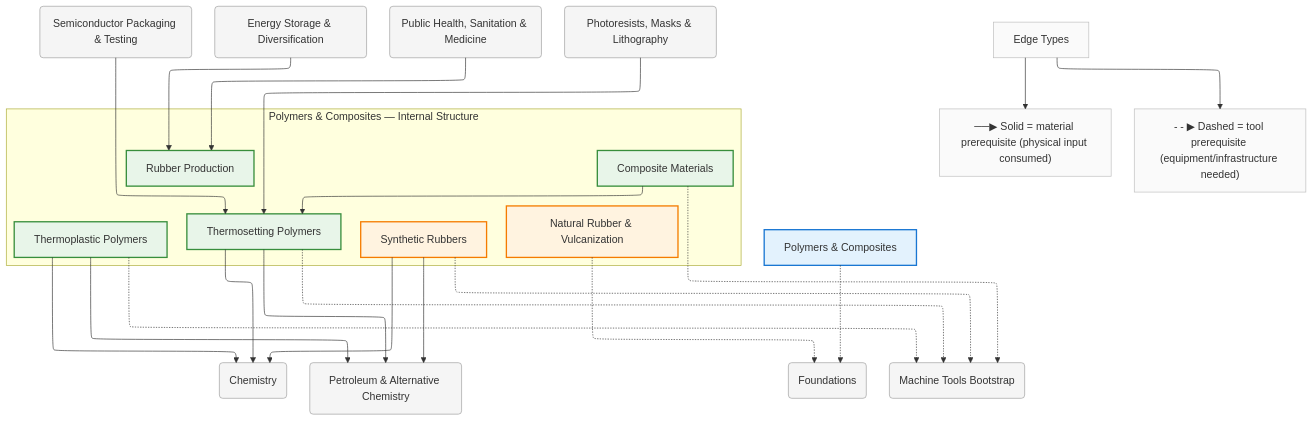
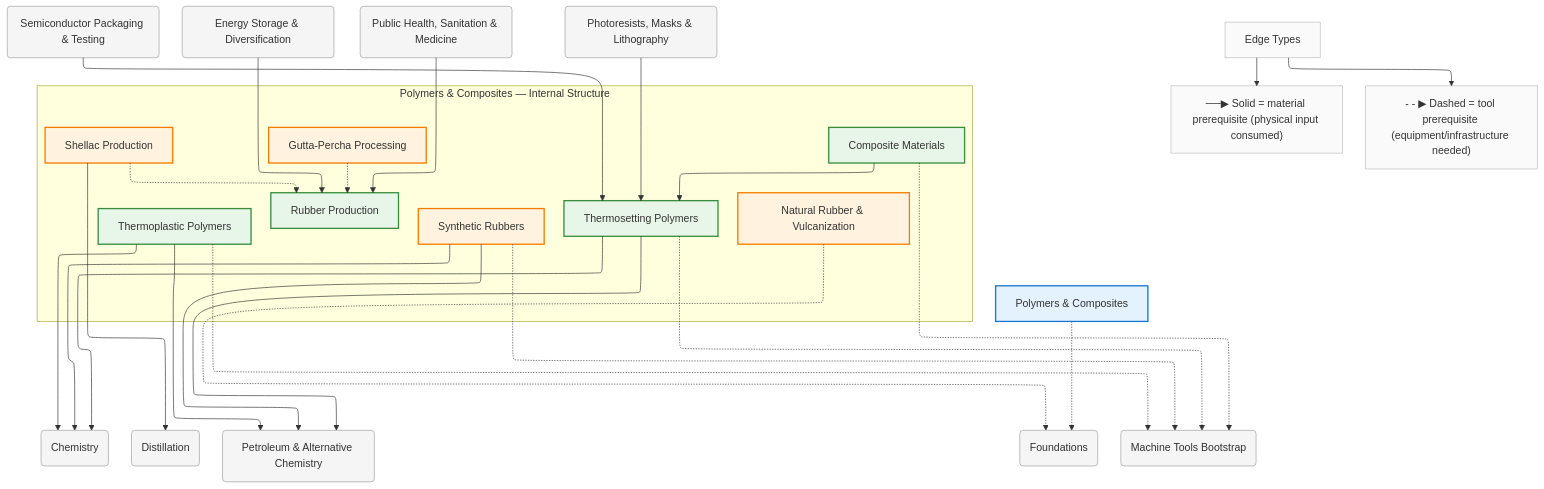
Before and after one commit to egofree/TechTree: the diagram in diagrams/mermaid/polymers.mmd, drawn with Mermaid. The commit also changed 14 other files, not shown here.

First line of the commit message:
chore(diagrams): regenerate all Mermaid diagrams from updated data

```diff
--- a/diagrams/mermaid/polymers.mmd
+++ b/diagrams/mermaid/polymers.mmd
@@ -1,77 +1,86 @@
 %%{init: {"flowchart": {"defaultRenderer": "elk", "htmlLabels": true}}}%%
 graph TD
     %% Domain: Polymers & Composites
 
     %% ==================== INTERNAL NODES ====================
     subgraph polymers_internal ["Polymers & Composites — Internal Structure"]
         direction TB
         polymers_rubber["Rubber Production"]
         polymers_rubber_natural["Natural Rubber & Vulcanization"]
         polymers_rubber_synthetic["Synthetic Rubbers"]
         polymers_thermosets["Thermosetting Polymers"]
         polymers_thermoplastics["Thermoplastic Polymers"]
         polymers_composites["Composite Materials"]
+        polymers_rubber_gutta-percha["Gutta-Percha Processing"]
+        polymers_rubber_shellac["Shellac Production"]
     end
 
     %% ==================== DOMAIN NODE ====================
     polymers["Polymers & Composites"]
 
     %% ==================== EXTERNAL DEPENDENCIES ====================
     chemistry("Chemistry")
+    chemistry_distillation("Distillation")
     chemistry_packaging-testing("Semiconductor Packaging & Testing")
     chemistry_petroleum-alternatives("Petroleum & Alternative Chemistry")
     energy_storage("Energy Storage & Diversification")
     foundations("Foundations")
     health("Public Health, Sanitation & Medicine")
     machine-tools("Machine Tools Bootstrap")
     photolithography_resists-masks("Photoresists, Masks & Lithography")
 
     %% ==================== EDGES ====================
     polymers_composites --> polymers_thermosets
+    polymers_rubber_gutta-percha -.-> polymers_rubber
+    polymers_rubber_shellac -.-> polymers_rubber
     photolithography_resists-masks --> polymers_thermosets
     chemistry_packaging-testing --> polymers_thermosets
     polymers -.-> foundations
     polymers_rubber_synthetic --> chemistry_petroleum-alternatives
     polymers_rubber_synthetic --> chemistry
     polymers_rubber_synthetic -.-> machine-tools
     polymers_thermosets --> chemistry_petroleum-alternatives
     polymers_thermosets --> chemistry
     polymers_thermosets -.-> machine-tools
     polymers_thermoplastics --> chemistry_petroleum-alternatives
     polymers_thermoplastics --> chemistry
     polymers_thermoplastics -.-> machine-tools
     polymers_composites -.-> machine-tools
     polymers_rubber_natural -.-> foundations
     health --> polymers_rubber
     energy_storage --> polymers_rubber
+    polymers_rubber_shellac --> chemistry_distillation
 
     %% ==================== EDGE TYPE LEGEND ====================
     EdgeLegend["Edge Types"]
     EdgeLegend --> MatNote["──▶ Solid = material prerequisite (physical input consumed)"]
     EdgeLegend --> ToolNote["- - ▶ Dashed = tool prerequisite (equipment/infrastructure needed)"]
 
     %% ==================== STYLING ====================
     classDef domain fill:#e3f2fd,stroke:#1976d2,stroke-width:2px
     classDef capability fill:#e8f5e9,stroke:#388e3c,stroke-width:2px
     classDef process fill:#fff3e0,stroke:#f57c00,stroke-width:2px
     classDef critical fill:#fff3e0,stroke:#f57c00,stroke-width:3px
     classDef earlyWin fill:#e8f5e9,stroke:#388e3c,stroke-width:3px
     classDef pinnacle fill:#fce4ec,stroke:#c62828,stroke-width:3px
     classDef external fill:#f5f5f5,stroke:#9e9e9e,stroke-width:1px
     classDef legend fill:#fafafa,stroke:#bdbdbd,stroke-width:1px
     class polymers domain
     class polymers_rubber capability
     class polymers_rubber_natural process
     class polymers_rubber_synthetic process
     class polymers_thermosets capability
     class polymers_thermoplastics capability
     class polymers_composites capability
+    class polymers_rubber_gutta-percha process
+    class polymers_rubber_shellac process
     class chemistry external
+    class chemistry_distillation external
     class chemistry_packaging-testing external
     class chemistry_petroleum-alternatives external
     class energy_storage external
     class foundations external
     class health external
     class machine-tools external
     class photolithography_resists-masks external
     class EdgeLegend,MatNote,ToolNote legend
```
